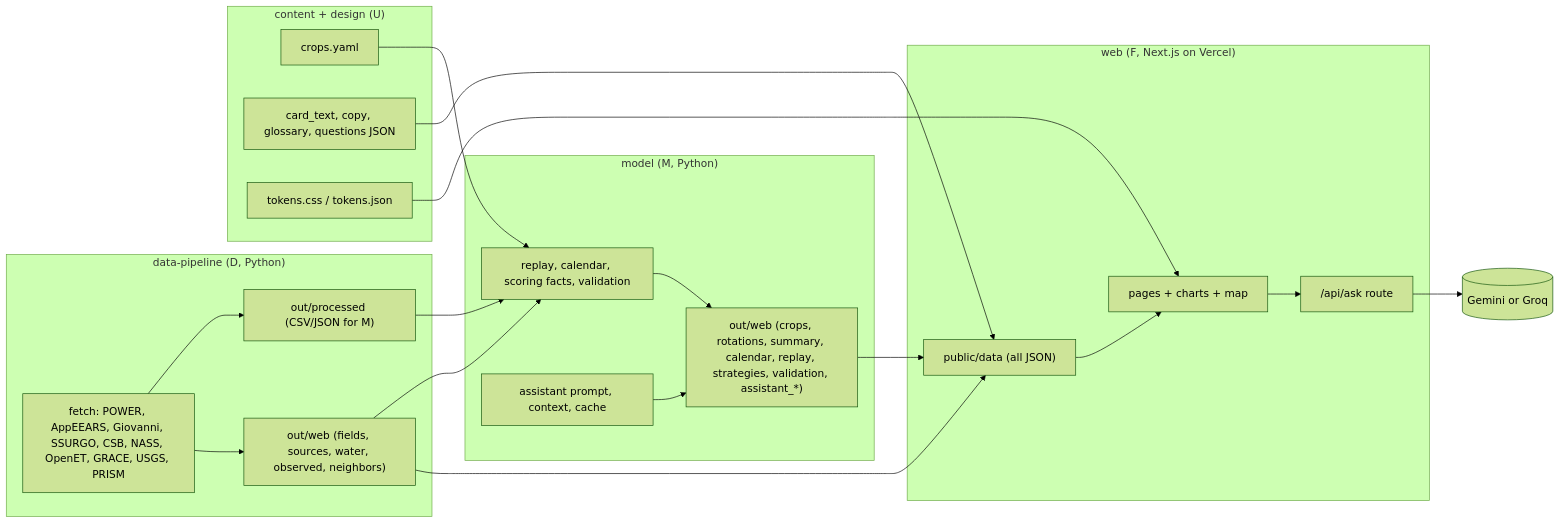
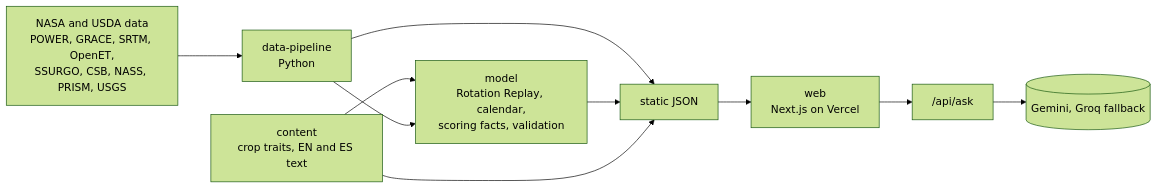
Before and after one commit to mrudduni/Glean: the diagram in README.md, drawn with Mermaid (forest theme). The commit also changed other lines of this file and 44 other files, not shown here.

````diff
--- a/README.md
+++ b/README.md
@@ -78,35 +55,12 @@
 ```mermaid
 flowchart LR
-  subgraph D["data-pipeline (D, Python)"]
-    D1["fetch: POWER, AppEEARS, Giovanni, SSURGO, CSB, NASS, OpenET, GRACE, USGS, PRISM"]
-    D2["out/processed (CSV/JSON for M)"]
-    D3["out/web (fields, sources, water, observed, neighbors)"]
-  end
-  subgraph U["content + design (U)"]
-    U1["crops.yaml"]
-    U2["card_text, copy, glossary, questions JSON"]
-    U3["tokens.css / tokens.json"]
-  end
-  subgraph M["model (M, Python)"]
-    M1["replay, calendar, scoring facts, validation"]
-    M2["assistant prompt, context, cache"]
-    M3["out/web (crops, rotations, summary, calendar, replay, strategies, validation, assistant_*)"]
-  end
-  subgraph W["web (F, Next.js on Vercel)"]
-    W1["public/data (all JSON)"]
-    W2["pages + charts + map"]
-    W3["/api/ask route"]
-  end
-  L[("Gemini or Groq")]
-  D1 --> D2 --> M1
-  D1 --> D3
-  U1 --> M1
-  M1 --> M3
-  M2 --> M3
-  D3 --> M1
-  D3 --> W1
-  M3 --> W1
-  U2 --> W1
-  U3 --> W2
-  W1 --> W2 --> W3 --> L
+  A["NASA and USDA data<br/>POWER, GRACE, SRTM, OpenET,<br/>SSURGO, CSB, NASS, PRISM, USGS"] --> B["data-pipeline<br/>Python"]
+  C["content<br/>crop traits, EN and ES text"] --> D
+  B --> D["model<br/>Rotation Replay, calendar,<br/>scoring facts, validation"]
+  B --> E["static JSON"]
+  D --> E
+  C --> E
+  E --> F["web<br/>Next.js on Vercel"]
+  F --> G["/api/ask"]
+  G --> H[("Gemini, Groq fallback")]
 ```
````
